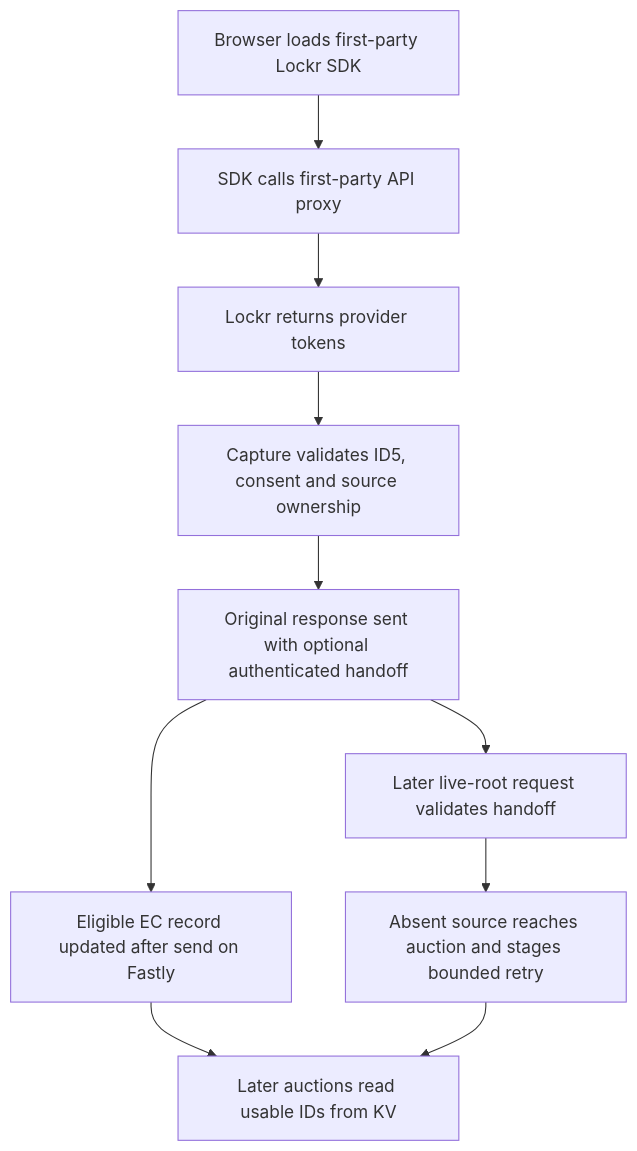
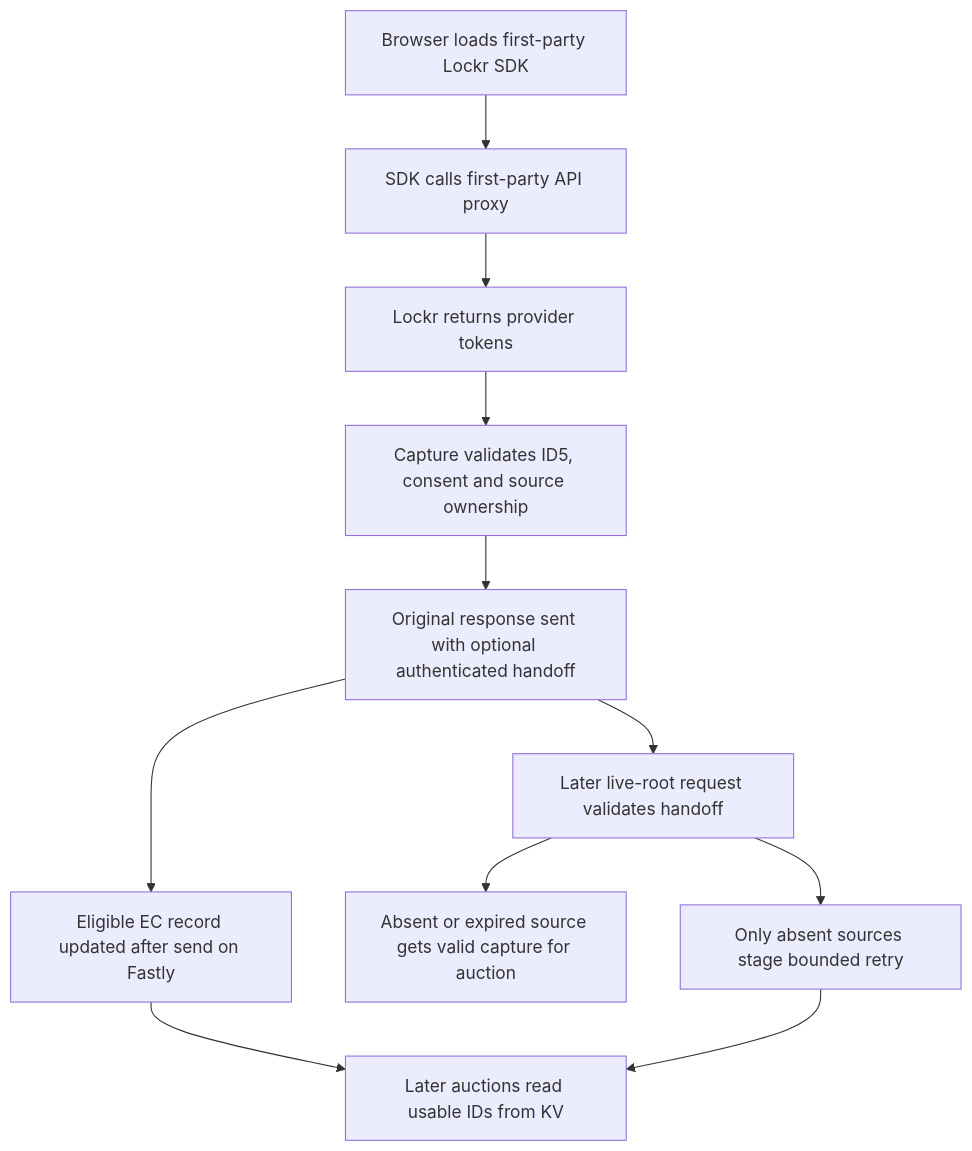
One commit to IABTechLab/trusted-server changed the diagram in docs/guide/integrations/lockr.md. Above: the diagram before and after it, drawn with Mermaid. The commit also changed other lines of this file and 27 other files, not shown here.

First line of the commit message:
Restore browser EIDs and expired capture fallback

````diff
--- a/docs/guide/integrations/lockr.md
+++ b/docs/guide/integrations/lockr.md
@@ -25,12 +25,13 @@
 ```mermaid
 flowchart TD
     A[Browser loads first-party Lockr SDK] --> B[SDK calls first-party API proxy]
     B --> C[Lockr returns provider tokens]
     C --> D[Capture validates ID5, consent and source ownership]
     D --> E[Original response sent with optional authenticated handoff]
     E --> F[Eligible EC record updated after send on Fastly]
     E --> G[Later live-root request validates handoff]
-    G --> H[Absent source reaches auction and stages bounded retry]
+    G --> H[Absent or expired source gets valid capture for auction]
+    G --> J[Only absent sources stage bounded retry]
     F --> I[Later auctions read usable IDs from KV]
-    H --> I
+    J --> I
 ```
````
